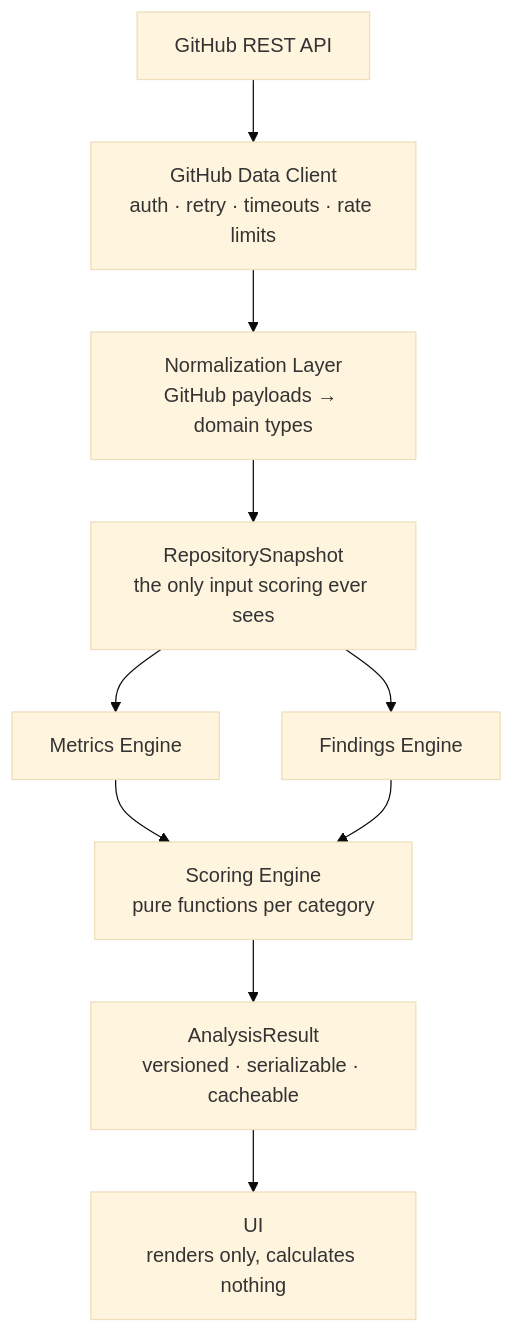
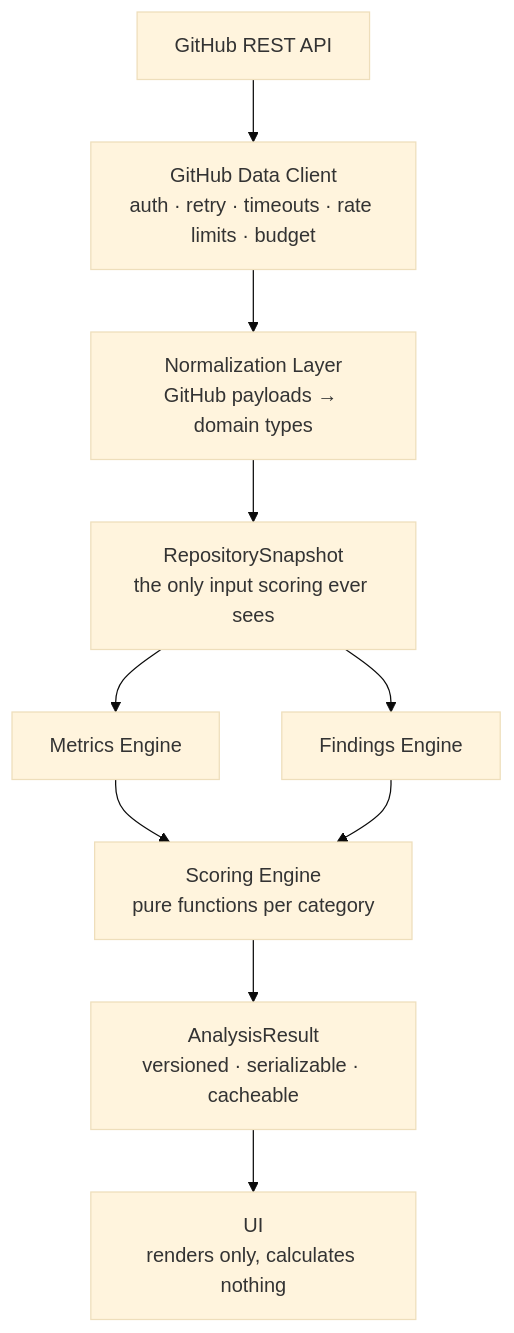
The diagram in README.md (mateoosoriodelhonte/reposignal), drawn with Mermaid (base theme) before and after one commit. The commit also changed other lines of this file and 9 other files, not shown here.

````diff
--- a/README.md
+++ b/README.md
@@ -69,12 +78,12 @@
 ```mermaid
 flowchart TD
-    A[GitHub REST API] --> B[GitHub Data Client<br/>auth · retry · timeouts · rate limits]
+    A[GitHub REST API] --> B[GitHub Data Client<br/>auth · retry · timeouts · rate limits · budget]
     B --> C[Normalization Layer<br/>GitHub payloads → domain types]
     C --> D[RepositorySnapshot<br/>the only input scoring ever sees]
     D --> E[Metrics Engine]
     D --> F[Findings Engine]
     E --> G[Scoring Engine<br/>pure functions per category]
     F --> G
     G --> H[AnalysisResult<br/>versioned · serializable · cacheable]
     H --> I[UI<br/>renders only, calculates nothing]
 ```
````
